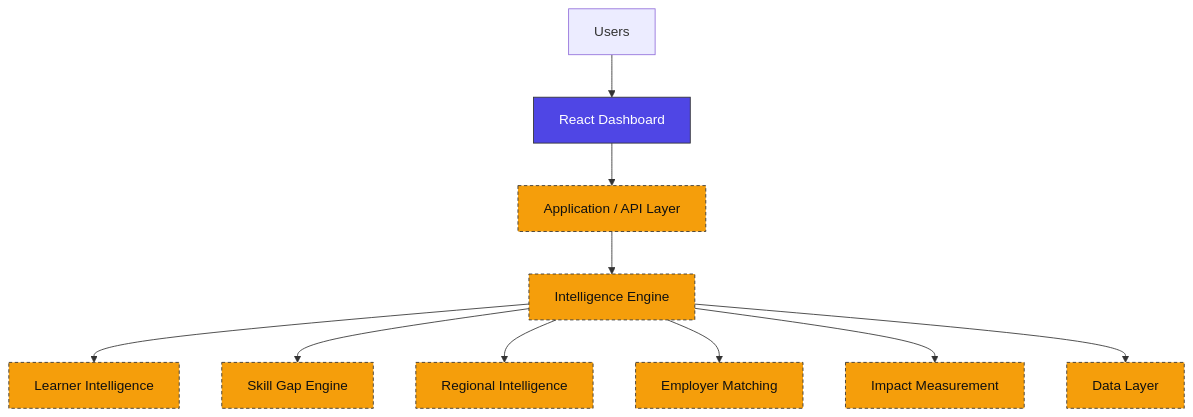
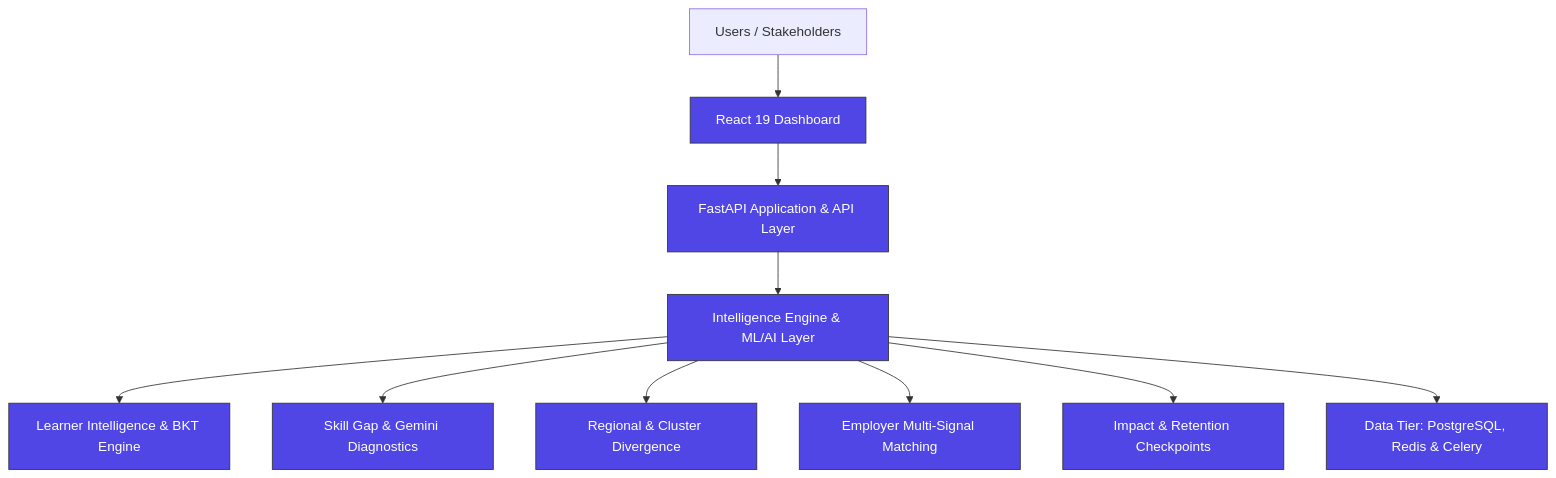
One commit to calligraphyguruji/Kaushal-Nexus changed the first of 2 diagrams in README.md. Above: the diagram before and after it, drawn with Mermaid. The commit also changed other lines of this file and 2 other files, not shown here.

````diff
--- a/README.md
+++ b/README.md
@@ -83,18 +82,15 @@
 ```mermaid
 flowchart TD
-    A[Users] --> B[React Dashboard]
-    B --> C[Application / API Layer]
-    C --> D[Intelligence Engine]
-    D --> D1[Learner Intelligence]
-    D --> D2[Skill Gap Engine]
-    D --> D3[Regional Intelligence]
-    D --> D4[Employer Matching]
-    D --> D5[Impact Measurement]
-    D --> E[Data Layer]
+    A[Users / Stakeholders] --> B[React 19 Dashboard]
+    B --> C[FastAPI Application & API Layer]
+    C --> D[Intelligence Engine & ML/AI Layer]
+    D --> D1[Learner Intelligence & BKT Engine]
+    D --> D2[Skill Gap & Gemini Diagnostics]
+    D --> D3[Regional & Cluster Divergence]
+    D --> D4[Employer Multi-Signal Matching]
+    D --> D5[Impact & Retention Checkpoints]
+    D --> E[Data Tier: PostgreSQL, Redis & Celery]
 
     classDef implemented fill:#4F46E5,color:#fff,stroke:#333;
-    classDef planned fill:#F59E0B,color:#111,stroke:#333,stroke-dasharray: 4 3;
-
-    class B implemented
-    class C,D,D1,D2,D3,D4,D5,E planned
+    class B,C,D,D1,D2,D3,D4,D5,E implemented
 ```
````
